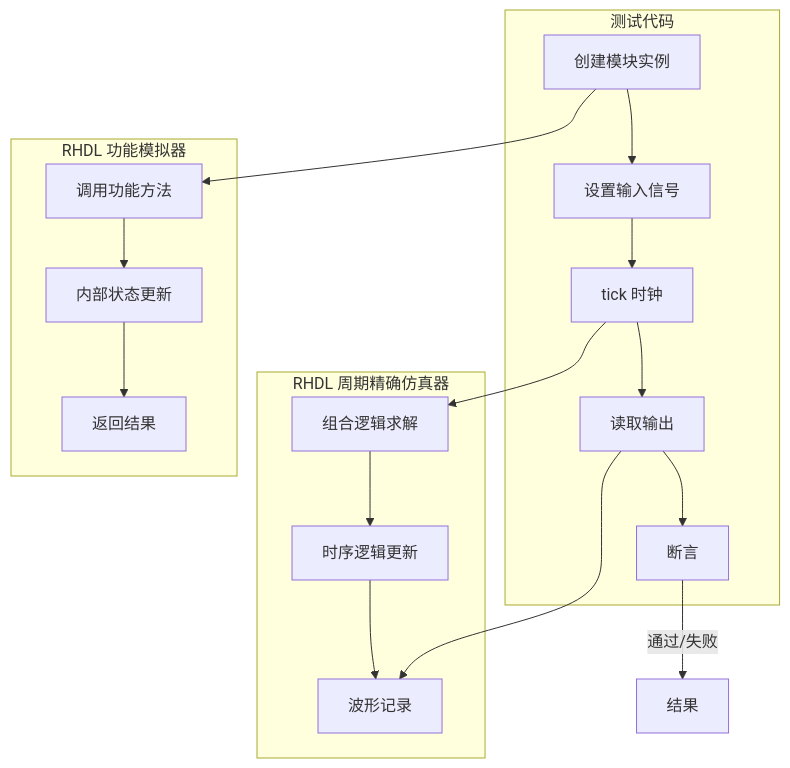
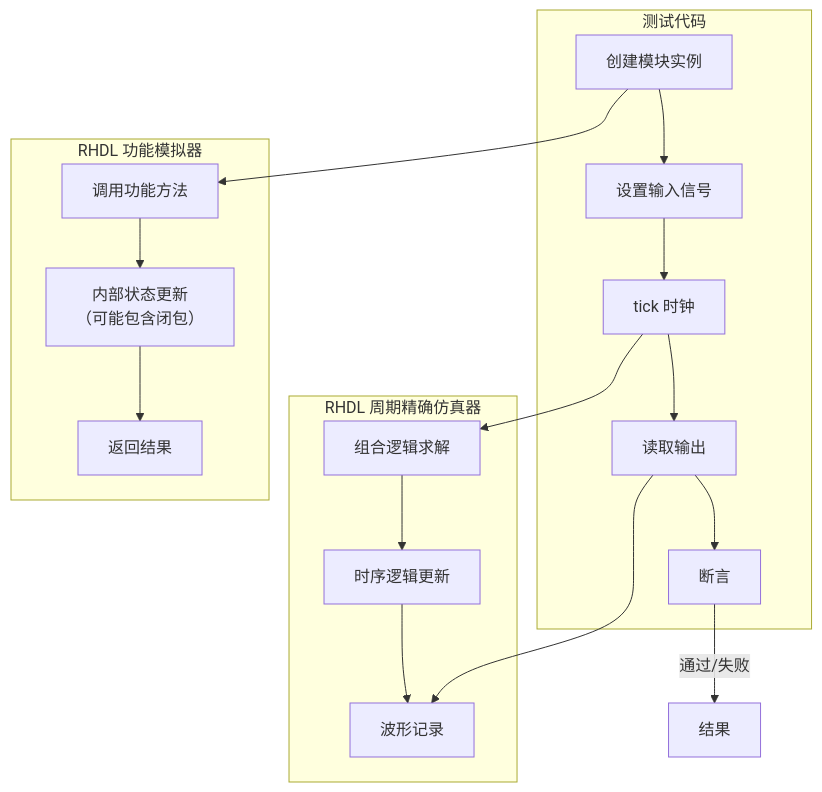
The sixth of 18 diagrams in docs/requirements/4. 整体架构与工作流.md (TangCan/bitloom), drawn with Mermaid before and after one commit. The commit also changed other lines of this file and 17 other files, not shown here.

````diff
--- a/docs/requirements/4. 整体架构与工作流.md
+++ b/docs/requirements/4. 整体架构与工作流.md
@@ -168,29 +183,28 @@
 ```mermaid
 flowchart TB
     subgraph 测试代码
         T1[创建模块实例]
         T2[设置输入信号]
         T3[tick 时钟]
         T4[读取输出]
         T5[断言]
     end
     subgraph RHDL 周期精确仿真器
         S1[组合逻辑求解]
         S2[时序逻辑更新]
         S3[波形记录]
     end
     subgraph RHDL 功能模拟器
         F1[调用功能方法]
-        F2[内部状态更新]
+        F2[内部状态更新<br>（可能包含闭包）]
         F3[返回结果]
     end
     T1 --> T2 --> T3 --> T4 --> T5
     T3 --> S1
     S1 --> S2
     S2 --> S3
     T4 --> S3
     T5 -->|通过/失败| 结果
 
     T1 --> F1 --> F2 --> F3
-
 ```
````
